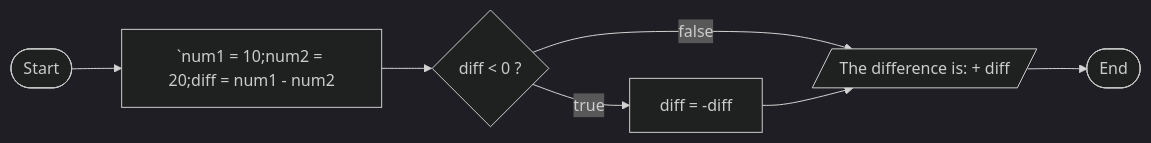
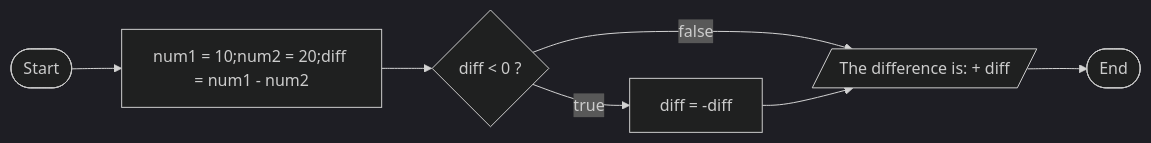
Before and after one commit to afzalimdad9/JS-Notes: the second of 9 diagrams in README.MD, drawn with Mermaid (dark theme).

Commit message:
IF FLowChart

````diff
--- a/README.MD
+++ b/README.MD
@@ -754,9 +754,9 @@
 ```mermaid
 graph LR
-  A([Start]) --> B[`num1 = 10;num2 = 20;diff = num1 - num2]
+  A([Start]) --> B[num1 = 10;num2 = 20;diff = num1 - num2]
   B--> E{diff < 0 ?}
   E -->|true| F[diff = -diff]
   E -->|false| G[/"The difference is: " + diff/]
   F --> G
   G --> H([End])
 ```
````
